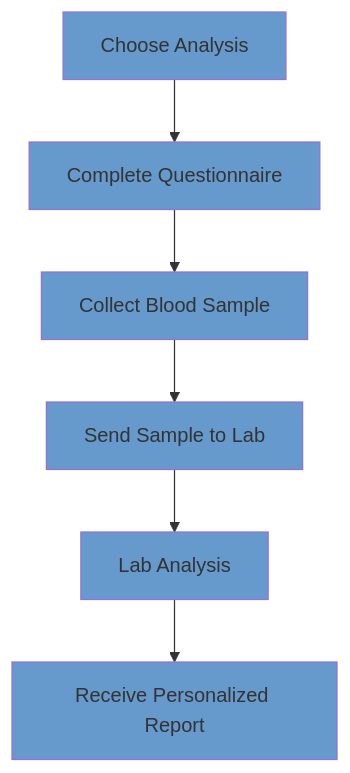
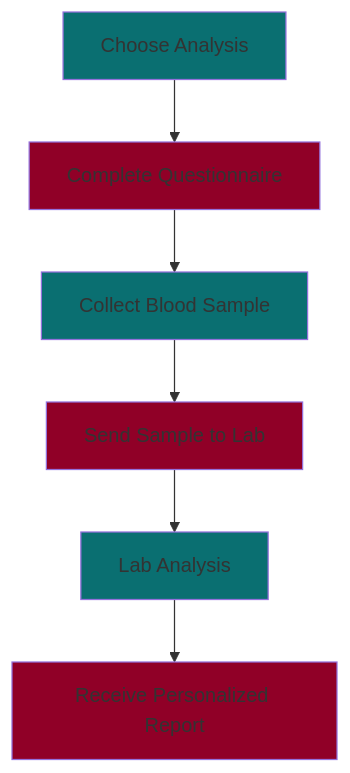
Before and after one commit to healthbiocare/.github: the diagram in profile/README.md, drawn with Mermaid. The commit also changed other lines of this file, not shown here.

````diff
--- a/profile/README.md
+++ b/profile/README.md
@@ -18,14 +18,14 @@
 ```mermaid
 graph TD;
   A[Choose Analysis] --> B[Complete Questionnaire];
   B --> C[Collect Blood Sample];
   C --> D[Send Sample to Lab];
   D --> E[Lab Analysis];
   E --> F[Receive Personalized Report];
-  style A fill:#69c;
-  style B fill:#69c;
-  style C fill:#69c;
-  style D fill:#69c;
-  style E fill:#69c;
-  style F fill:#69c;
+  style A fill:#0A6F71;
+  style B fill:#900027;
+  style C fill:#0A6F71;
+  style D fill:#900027;
+  style E fill:#0A6F71;
+  style F fill:#900027;
 ```
````
